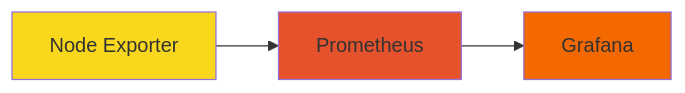
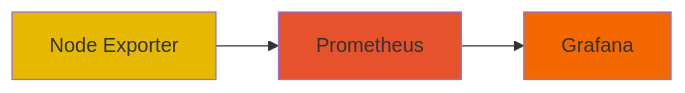
Before and after one commit to deepraj1729/complete-monitoring-stack: the first of 2 diagrams in README.md, drawn with Mermaid. The commit also changed other lines of this file, not shown here.

Commit message:
Fixed the color scheme

````diff
--- a/README.md
+++ b/README.md
@@ -22,8 +22,8 @@
 ```mermaid
 graph LR
     A[Node Exporter] --> B[Prometheus]
     B --> C[Grafana]
-    style A fill:#f9d71c
+    style A fill:#e6b800
     style B fill:#e6522c
     style C fill:#F46800
 ```
````
